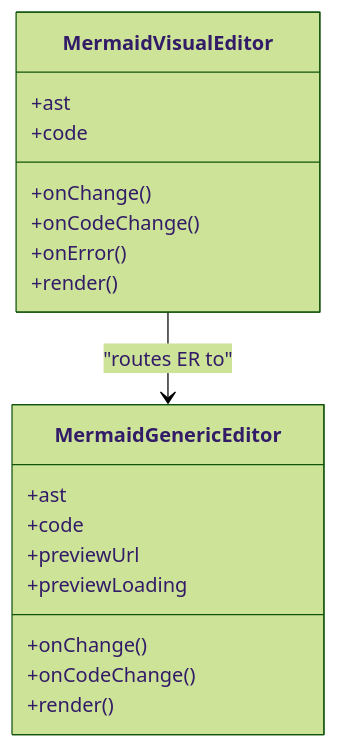
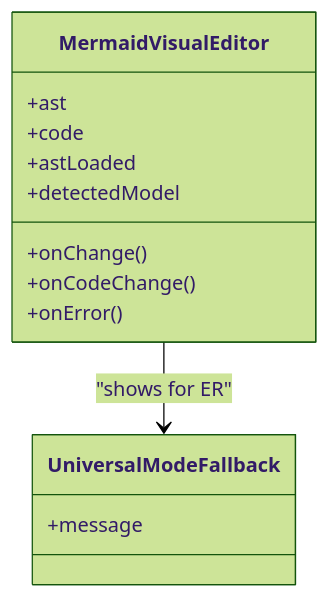
One commit to ongchonghian/universal-diagram-editor changed the fourth of 6 diagrams in .qoder/repowiki/en/content/Diagram Types and Formats/Mermaid Diagrams/Entity Relationship Diagrams.md. Above: the diagram before and after it, drawn with Mermaid (forest theme). The commit also changed other lines of this file and 31 other files, not shown here.

````diff
--- a/.qoder/repowiki/en/content/Diagram Types and Formats/Mermaid Diagrams/Entity Relationship Diagrams.md
+++ b/.qoder/repowiki/en/content/Diagram Types and Formats/Mermaid Diagrams/Entity Relationship Diagrams.md
@@ -158,21 +148,16 @@
 ```mermaid
 classDiagram
-class MermaidGenericEditor {
-+ast
-+code
-+onChange()
-+onCodeChange()
-+previewUrl
-+previewLoading
-+render()
+class UniversalModeFallback {
++message
 }
 class MermaidVisualEditor {
 +ast
 +code
++astLoaded
++detectedModel
 +onChange()
 +onCodeChange()
 +onError()
-+render()
 }
-MermaidVisualEditor --> MermaidGenericEditor : "routes ER to"
+MermaidVisualEditor --> UniversalModeFallback : "shows for ER"
 ```
````
